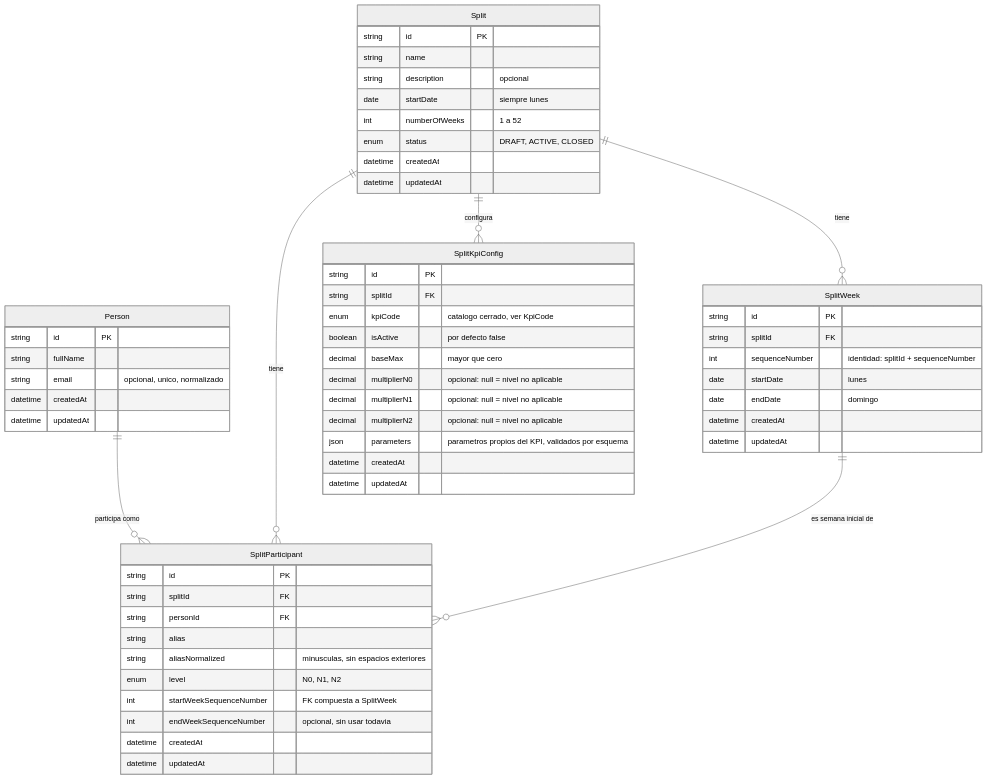
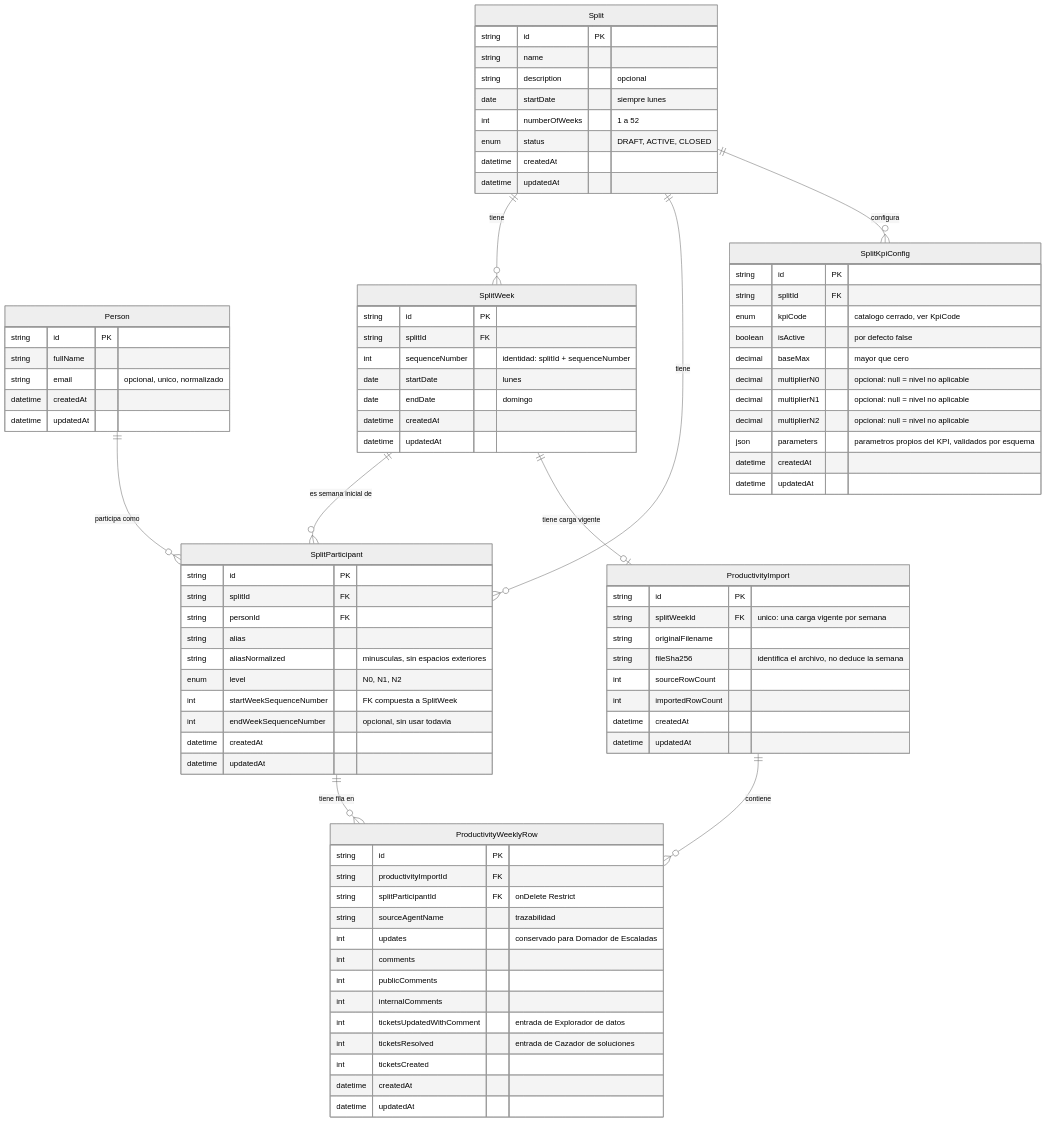
Before and after one commit to bateman37/gamification-vcs: the diagram in docs/DATA_MODEL.md, drawn with Mermaid (neutral theme). The commit also changed other lines of this file and 35 other files, not shown here.

First line of the commit message:
feat: add weekly productivity import

````diff
--- a/docs/DATA_MODEL.md
+++ b/docs/DATA_MODEL.md
@@ -15,6 +17,9 @@
     Split ||--o{ SplitParticipant : "tiene"
     Split ||--o{ SplitKpiConfig : "configura"
     SplitWeek ||--o{ SplitParticipant : "es semana inicial de"
+    SplitWeek ||--o| ProductivityImport : "tiene carga vigente"
+    ProductivityImport ||--o{ ProductivityWeeklyRow : "contiene"
+    SplitParticipant ||--o{ ProductivityWeeklyRow : "tiene fila en"
 
     Person {
         string id PK
@@ -71,4 +76,31 @@
         datetime createdAt
         datetime updatedAt
     }
+
+    ProductivityImport {
+        string id PK
+        string splitWeekId FK "unico: una carga vigente por semana"
+        string originalFilename
+        string fileSha256 "identifica el archivo, no deduce la semana"
+        int sourceRowCount
+        int importedRowCount
+        datetime createdAt
+        datetime updatedAt
+    }
+
+    ProductivityWeeklyRow {
+        string id PK
+        string productivityImportId FK
+        string splitParticipantId FK "onDelete Restrict"
+        string sourceAgentName "trazabilidad"
+        int updates "conservado para Domador de Escaladas"
+        int comments
+        int publicComments
+        int internalComments
+        int ticketsUpdatedWithComment "entrada de Explorador de datos"
+        int ticketsResolved "entrada de Cazador de soluciones"
+        int ticketsCreated
+        datetime createdAt
+        datetime updatedAt
+    }
 ```
````
